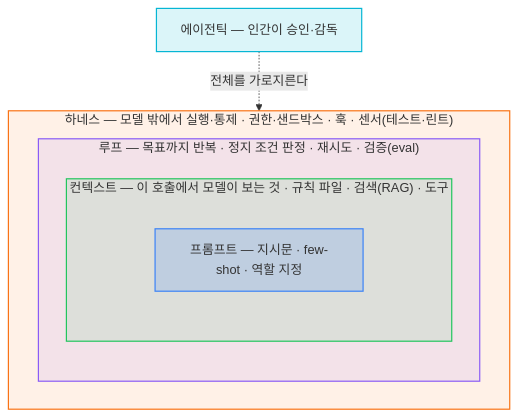
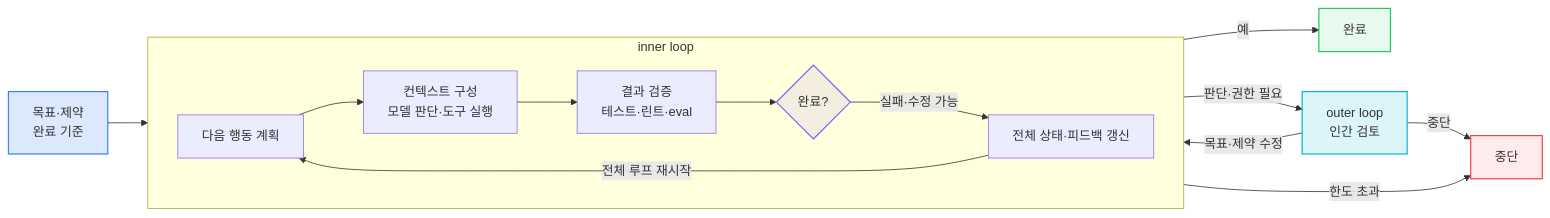
The first of 2 diagrams in contents/blog-posts/21-에이전트-워크플로우와-개발자의-중심-잡기.mdx (wonseok-han/my-blog), drawn with Mermaid before and after one commit. The commit also changed other lines of this file and 1 other file, not shown here.

````diff
--- a/contents/blog-posts/21-에이전트-워크플로우와-개발자의-중심-잡기.mdx
+++ b/contents/blog-posts/21-에이전트-워크플로우와-개발자의-중심-잡기.mdx
@@ -141,17 +125,26 @@
 ```mermaid
-graph TD
-    subgraph H["하네스 — 모델 밖에서 실행·통제 · 권한·샌드박스 · 훅 · 센서(테스트·린트)"]
-        subgraph L["루프 — 목표까지 반복 · 정지 조건 판정 · 재시도 · 검증(eval)"]
-            subgraph C["컨텍스트 — 이 호출에서 모델이 보는 것 · 규칙 파일 · 검색(RAG) · 도구"]
-                P["프롬프트 — 지시문 · few-shot · 역할 지정"]
-            end
-        end
+flowchart LR
+    Goal["목표·제약<br/>완료 기준"]
+
+    subgraph Inner["inner loop"]
+        direction LR
+        Plan["다음 행동 계획"] --> Act["컨텍스트 구성<br/>모델 판단·도구 실행"]
+        Act --> Check["결과 검증<br/>테스트·린트·eval"]
+        Check --> Decision{"완료?"}
+        Decision -->|실패·수정 가능| Update["전체 상태·피드백 갱신"]
+        Update -->|전체 루프 재시작| Plan
     end
-    E["에이전틱 — 인간이 승인·감독"] -.->|전체를 가로지른다| H
 
-    style H fill:#f973161a,stroke:#f97316,stroke-width:1.5px
-    style L fill:#8b5cf61a,stroke:#8b5cf6,stroke-width:1.5px
-    style C fill:#22c55e1a,stroke:#22c55e,stroke-width:1.5px
-    style P fill:#3b82f62e,stroke:#3b82f6,stroke-width:1.5px
-    style E fill:#06b6d424,stroke:#06b6d4,stroke-width:1.5px
+    Goal --> Plan
+    Decision -->|예| Done["완료"]
+    Decision -->|판단·권한 필요| Human["outer loop<br/>인간 검토"]
+    Decision -->|한도 초과| Stop["중단"]
+    Human -->|목표·제약 수정| Plan
+    Human -->|중단| Stop
+
+    style Goal fill:#3b82f62e,stroke:#3b82f6,stroke-width:1.5px
+    style Decision fill:#8b5cf61a,stroke:#8b5cf6,stroke-width:1.5px
+    style Human fill:#06b6d424,stroke:#06b6d4,stroke-width:1.5px
+    style Done fill:#22c55e1a,stroke:#22c55e,stroke-width:1.5px
+    style Stop fill:#ef44441a,stroke:#ef4444,stroke-width:1.5px
 ```
````
